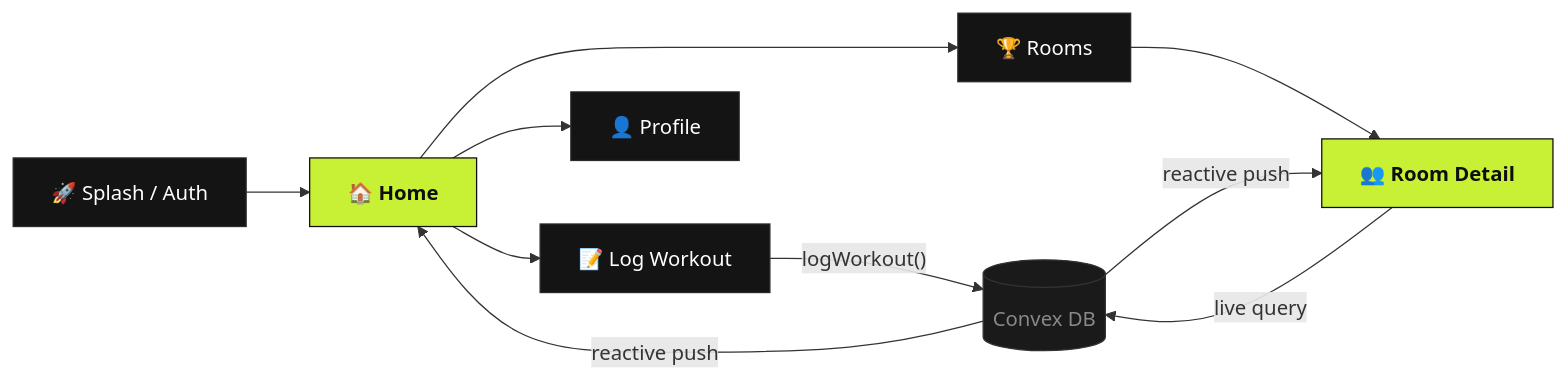
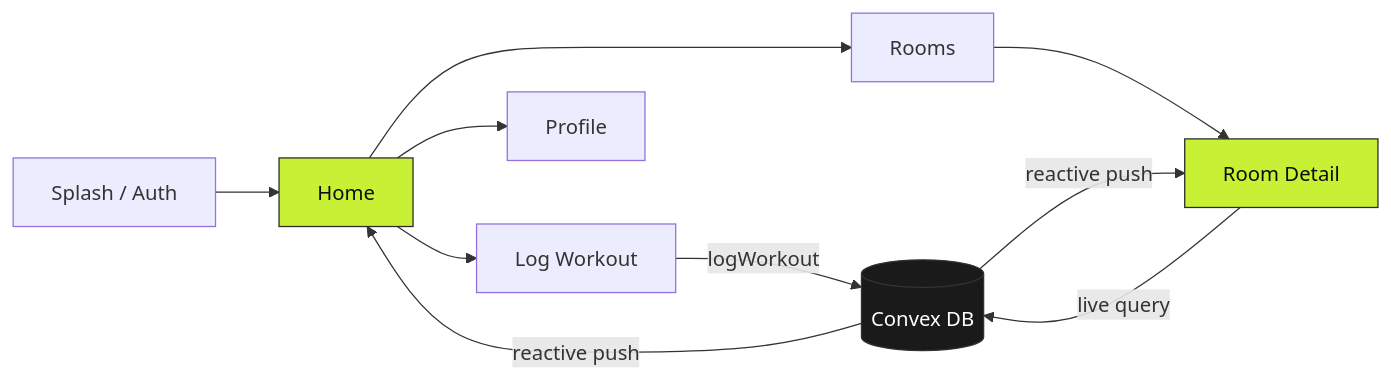
One commit to peterish8/grindroom changed the first of 2 diagrams in README.md. Above: the diagram before and after it, drawn with Mermaid.

Commit message:
Fix App Flow Mermaid diagram for GitHub renderer compatibility

````diff
--- a/README.md
+++ b/README.md
@@ -81,17 +81,16 @@
 ```mermaid
-flowchart LR
-    classDef accent fill:#C8F135,stroke:#0e0e0e,color:#0e0e0e,font-weight:bold
-    classDef dark fill:#141414,stroke:#2A2A2A,color:#ffffff
-    classDef muted fill:#1A1A1A,stroke:#333,color:#888
+graph LR
+    A[Splash / Auth] --> B[Home]
+    B --> C[Log Workout]
+    B --> D[Rooms]
+    D --> E[Room Detail]
+    B --> F[Profile]
+    C -->|logWorkout| G[(Convex DB)]
+    E -->|live query| G
+    G -->|reactive push| B
+    G -->|reactive push| E
 
-    A["🚀 Splash / Auth"]:::dark --> B["🏠 Home"]:::accent
-    B --> C["📝 Log Workout"]:::dark
-    B --> D["🏆 Rooms"]:::dark
-    D --> E["👥 Room Detail"]:::accent
-    B --> F["👤 Profile"]:::dark
-
-    C -->|"logWorkout()"| G[("Convex DB")]:::muted
-    E -->|"live query"| G
-    G -->|"reactive push"| B
-    G -->|"reactive push"| E
+    style B fill:#C8F135,stroke:#2A2A2A,color:#0e0e0e
+    style E fill:#C8F135,stroke:#2A2A2A,color:#0e0e0e
+    style G fill:#1A1A1A,stroke:#333,color:#fff
 ```
````
